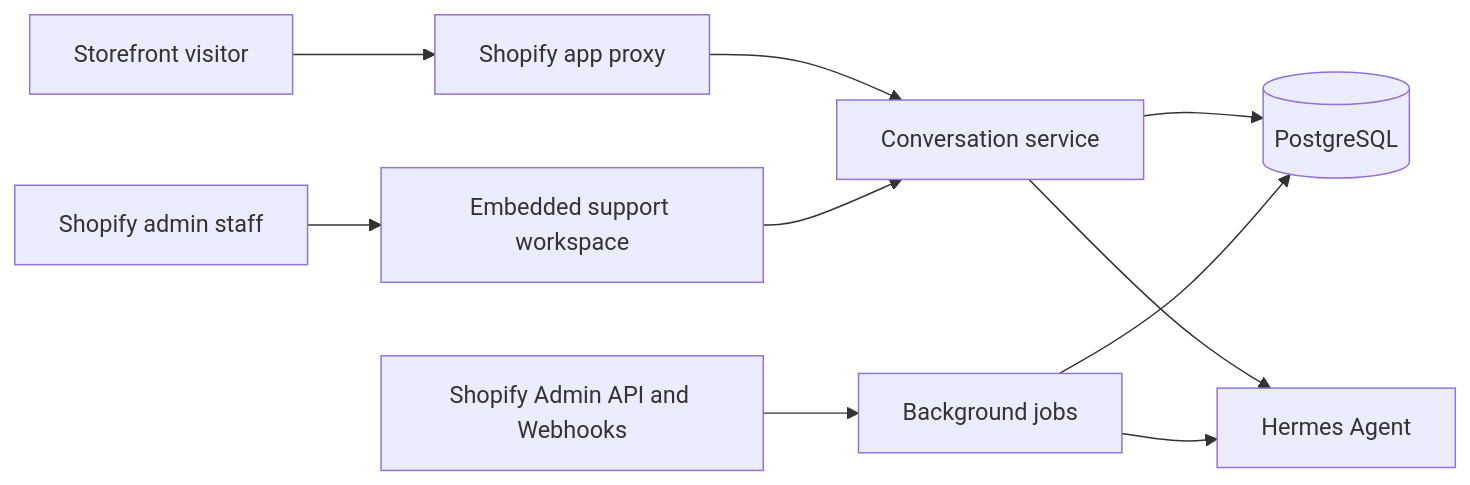
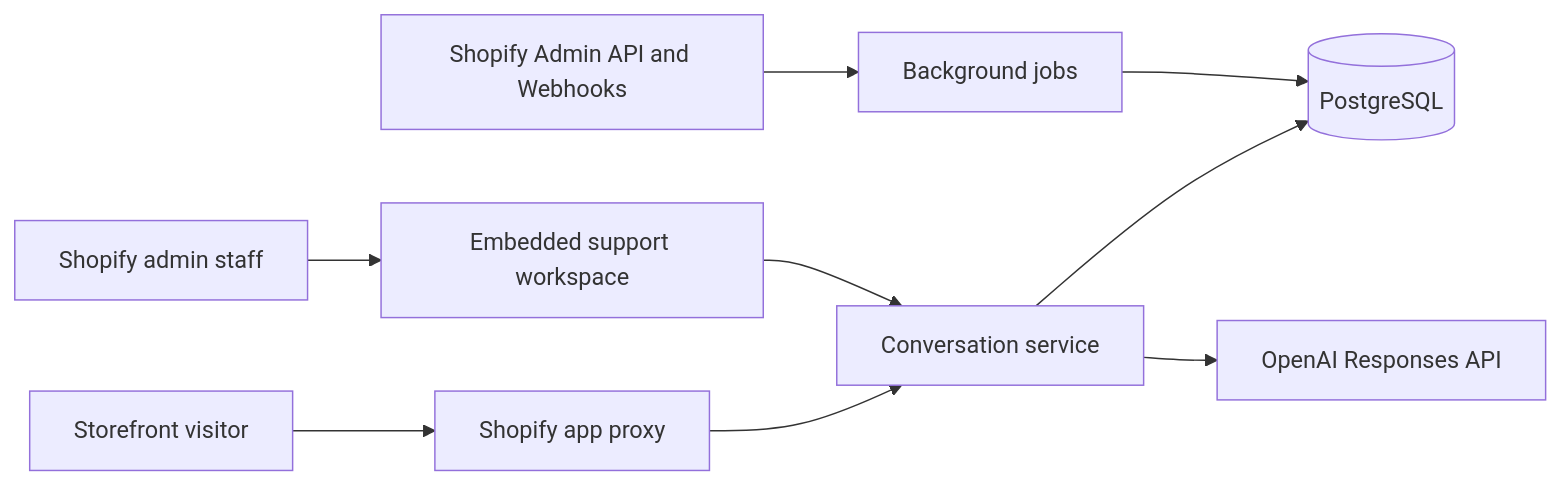
The diagram in README.md (hook-7/customer-service), drawn with Mermaid before and after one commit. The commit also changed other lines of this file and 27 other files, not shown here.

Commit message:
Replace Hermes with direct AI API

````diff
--- a/README.md
+++ b/README.md
@@ -16,12 +16,11 @@
 ```mermaid
 flowchart LR
   visitor[Storefront visitor] --> proxy[Shopify app proxy]
   proxy --> chat[Conversation service]
   staff[Shopify admin staff] --> admin[Embedded support workspace]
   admin --> chat
   chat --> db[(PostgreSQL)]
-  chat --> agent[Hermes Agent]
+  chat --> ai[OpenAI Responses API]
   shopify[Shopify Admin API and Webhooks] --> jobs[Background jobs]
   jobs --> db
-  jobs --> agent
 ```
````
